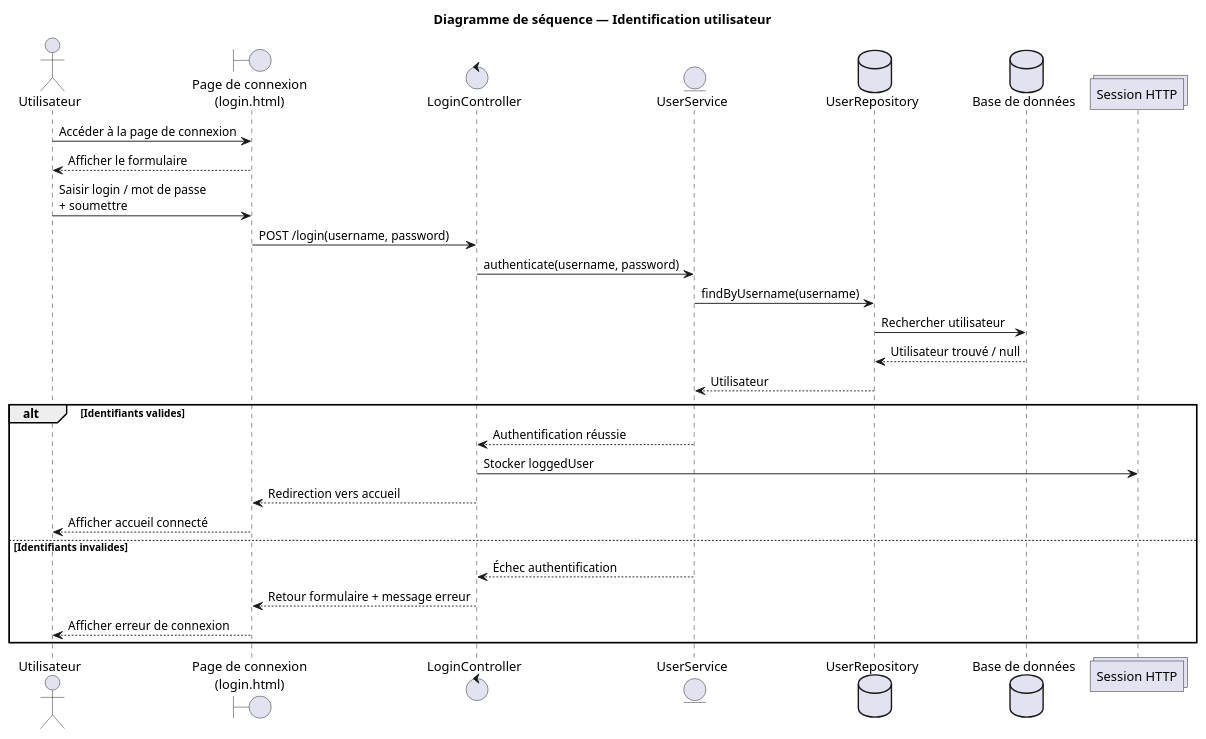
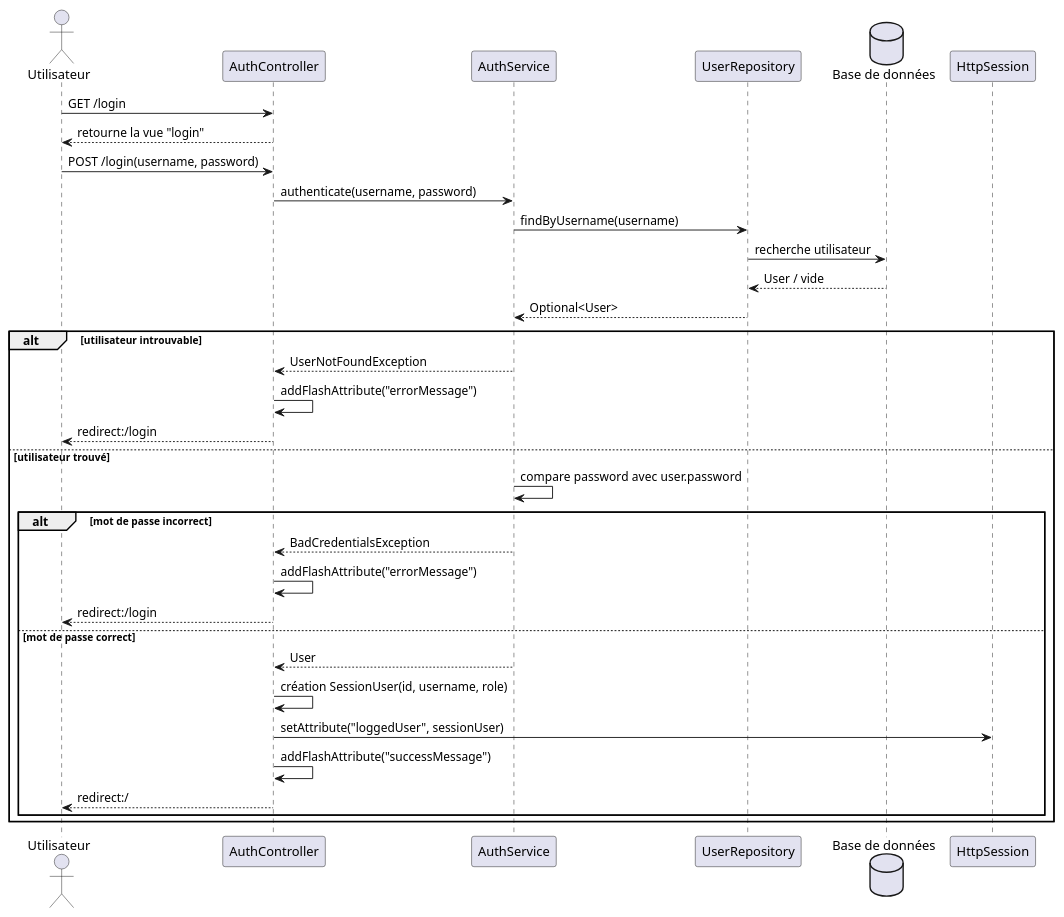
Before and after one commit to remicampistron512/distopia: the diagram in docs/sequence.puml, drawn with PlantUML.

Commit message:
Correction du diagramme de séquence

```diff
--- a/docs/sequence.puml
+++ b/docs/sequence.puml
@@ -1,37 +1,39 @@
 @startuml
-title Diagramme de séquence — Identification utilisateur
+actor Utilisateur
+participant "AuthController" as AuthController
+participant "AuthService" as AuthService
+participant "UserRepository" as UserRepository
+database "Base de données" as DB
+participant "HttpSession" as Session
 
-actor Utilisateur
+Utilisateur -> AuthController : GET /login
+AuthController --> Utilisateur : retourne la vue "login"
 
-boundary "Page de connexion\n(login.html)" as LoginPage
-control "LoginController" as LoginController
-entity "UserService" as UserService
-database "UserRepository" as UserRepository
-database "Base de données" as DB
-collections "Session HTTP" as Session
+Utilisateur -> AuthController : POST /login(username, password)
+AuthController -> AuthService : authenticate(username, password)
 
-Utilisateur -> LoginPage : Accéder à la page de connexion
-LoginPage --> Utilisateur : Afficher le formulaire
+AuthService -> UserRepository : findByUsername(username)
+UserRepository -> DB : recherche utilisateur
+DB --> UserRepository : User / vide
+UserRepository --> AuthService : Optional<User>
 
-Utilisateur -> LoginPage : Saisir login / mot de passe\n+ soumettre
-LoginPage -> LoginController : POST /login(username, password)
+alt utilisateur introuvable
+    AuthService --> AuthController : UserNotFoundException
+    AuthController -> AuthController : addFlashAttribute("errorMessage")
+    AuthController --> Utilisateur : redirect:/login
+else utilisateur trouvé
+    AuthService -> AuthService : compare password avec user.password
 
-LoginController -> UserService : authenticate(username, password)
-UserService -> UserRepository : findByUsername(username)
-UserRepository -> DB : Rechercher utilisateur
-DB --> UserRepository : Utilisateur trouvé / null
-UserRepository --> UserService : Utilisateur
-
-alt Identifiants valides
-    UserService --> LoginController : Authentification réussie
-    LoginController -> Session : Stocker loggedUser
-    LoginController --> LoginPage : Redirection vers accueil
-    LoginPage --> Utilisateur : Afficher accueil connecté
-
-else Identifiants invalides
-    UserService --> LoginController : Échec authentification
-    LoginController --> LoginPage : Retour formulaire + message erreur
-    LoginPage --> Utilisateur : Afficher erreur de connexion
+    alt mot de passe incorrect
+        AuthService --> AuthController : BadCredentialsException
+        AuthController -> AuthController : addFlashAttribute("errorMessage")
+        AuthController --> Utilisateur : redirect:/login
+    else mot de passe correct
+        AuthService --> AuthController : User
+        AuthController -> AuthController : création SessionUser(id, username, role)
+        AuthController -> Session : setAttribute("loggedUser", sessionUser)
+        AuthController -> AuthController : addFlashAttribute("successMessage")
+        AuthController --> Utilisateur : redirect:/
+    end
 end
-
 @enduml
```
